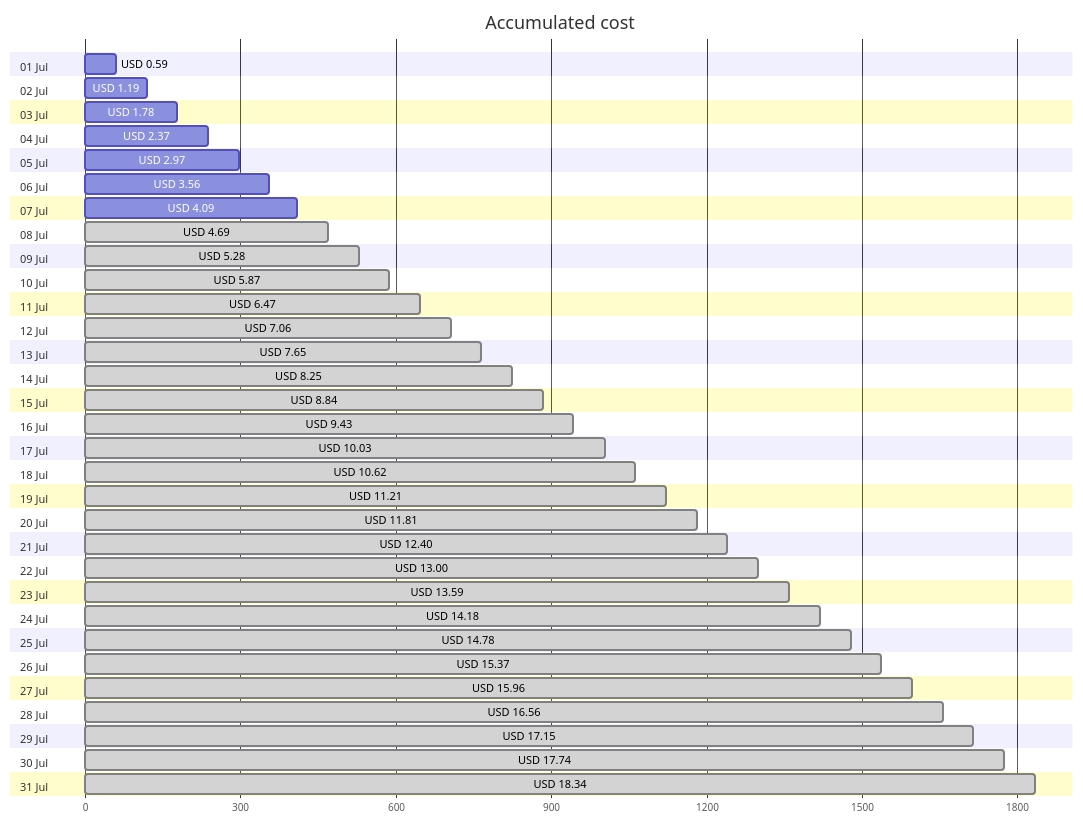
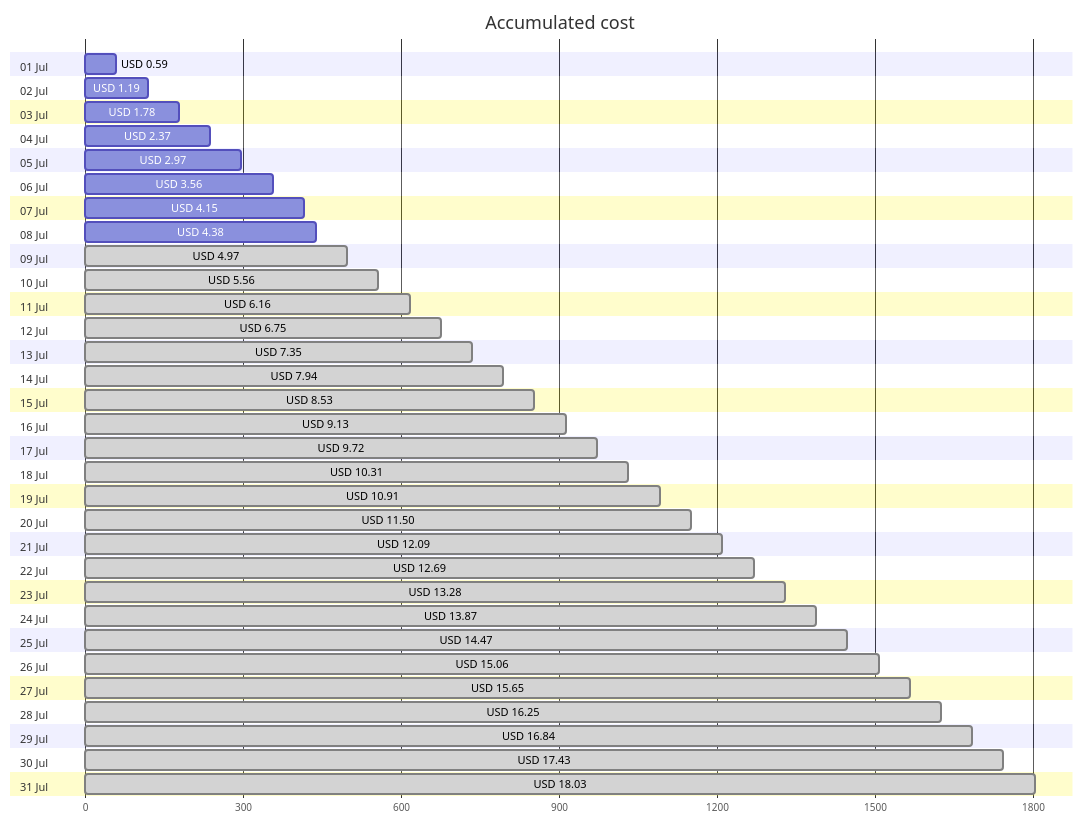
One commit to jpfulton/azure-personal-reports changed the first of 4 diagrams in cost-reports/personal-site/README.md. Above: the diagram before and after it, drawn with Mermaid. The commit also changed other lines of this file and 6 other files, not shown here.

````diff
--- a/cost-reports/personal-site/README.md
+++ b/cost-reports/personal-site/README.md
@@ -20,68 +20,68 @@
 ```mermaid
 gantt
    title Accumulated cost
    dateFormat  X
    axisFormat %s
    section 01 Jul
    USD 0.59 :0, 59
    section 02 Jul
    USD 1.19 :0, 119
    section 03 Jul
    USD 1.78 :0, 178
    section 04 Jul
    USD 2.37 :0, 237
    section 05 Jul
    USD 2.97 :0, 297
    section 06 Jul
    USD 3.56 :0, 356
    section 07 Jul
-   USD 4.09 :0, 409
+   USD 4.15 :0, 415
    section 08 Jul
-   USD 4.69 : done, 0, 469
+   USD 4.38 :0, 438
    section 09 Jul
-   USD 5.28 : done, 0, 528
+   USD 4.97 : done, 0, 497
    section 10 Jul
-   USD 5.87 : done, 0, 587
+   USD 5.56 : done, 0, 556
    section 11 Jul
-   USD 6.47 : done, 0, 647
+   USD 6.16 : done, 0, 616
    section 12 Jul
-   USD 7.06 : done, 0, 706
+   USD 6.75 : done, 0, 675
    section 13 Jul
-   USD 7.65 : done, 0, 765
+   USD 7.35 : done, 0, 735
    section 14 Jul
-   USD 8.25 : done, 0, 825
+   USD 7.94 : done, 0, 794
    section 15 Jul
-   USD 8.84 : done, 0, 884
+   USD 8.53 : done, 0, 853
    section 16 Jul
-   USD 9.43 : done, 0, 943
+   USD 9.13 : done, 0, 913
    section 17 Jul
-   USD 10.03 : done, 0, 1003
+   USD 9.72 : done, 0, 972
    section 18 Jul
-   USD 10.62 : done, 0, 1062
+   USD 10.31 : done, 0, 1031
    section 19 Jul
-   USD 11.21 : done, 0, 1121
+   USD 10.91 : done, 0, 1091
    section 20 Jul
-   USD 11.81 : done, 0, 1181
+   USD 11.50 : done, 0, 1150
    section 21 Jul
-   USD 12.40 : done, 0, 1240
+   USD 12.09 : done, 0, 1209
    section 22 Jul
-   USD 13.00 : done, 0, 1300
+   USD 12.69 : done, 0, 1269
    section 23 Jul
-   USD 13.59 : done, 0, 1359
+   USD 13.28 : done, 0, 1328
    section 24 Jul
-   USD 14.18 : done, 0, 1418
+   USD 13.87 : done, 0, 1387
    section 25 Jul
-   USD 14.78 : done, 0, 1478
+   USD 14.47 : done, 0, 1447
    section 26 Jul
-   USD 15.37 : done, 0, 1537
+   USD 15.06 : done, 0, 1506
    section 27 Jul
-   USD 15.96 : done, 0, 1596
+   USD 15.65 : done, 0, 1565
    section 28 Jul
-   USD 16.56 : done, 0, 1656
+   USD 16.25 : done, 0, 1625
    section 29 Jul
-   USD 17.15 : done, 0, 1715
+   USD 16.84 : done, 0, 1684
    section 30 Jul
-   USD 17.74 : done, 0, 1774
+   USD 17.43 : done, 0, 1743
    section 31 Jul
-   USD 18.34 : done, 0, 1834
+   USD 18.03 : done, 0, 1803
 ```
````
